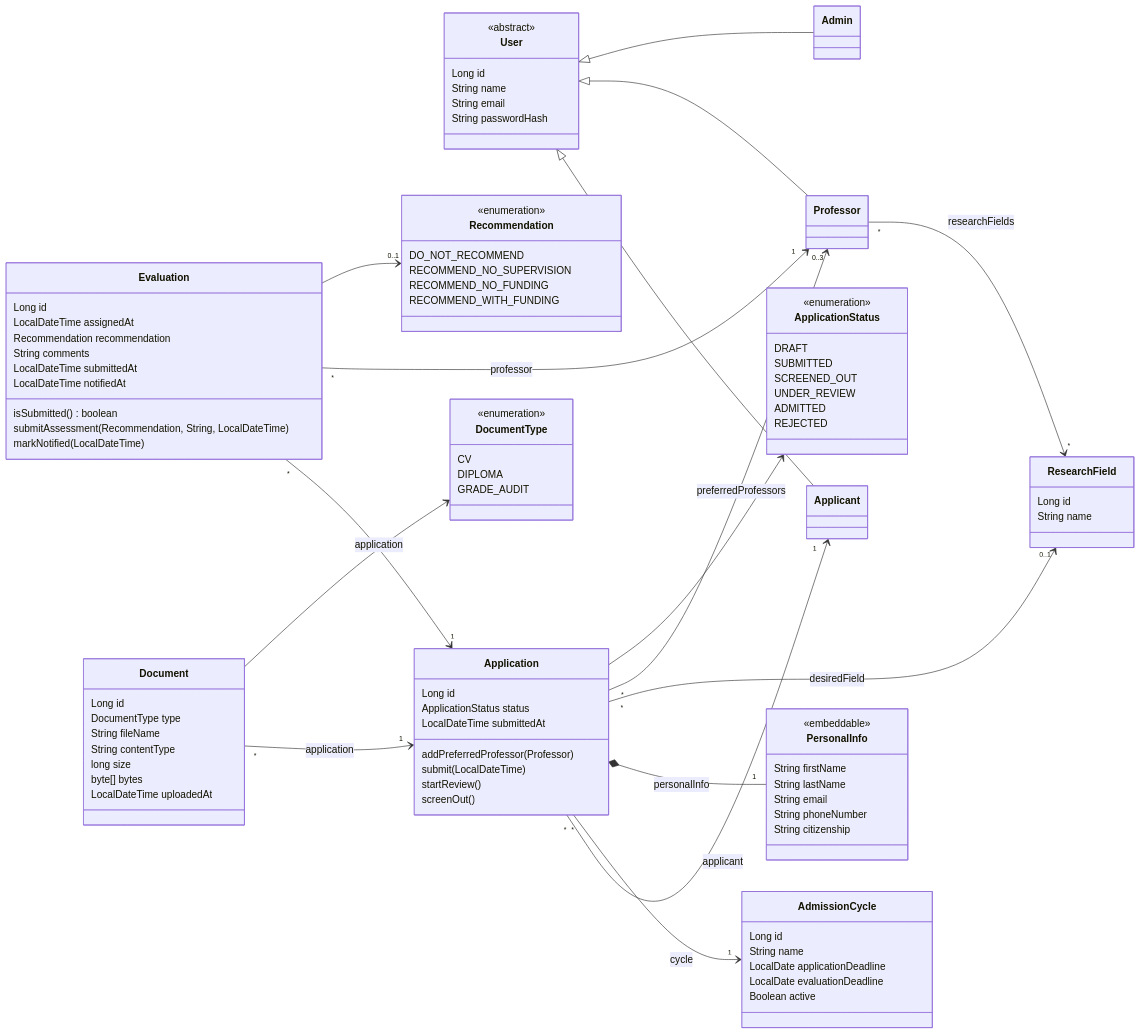
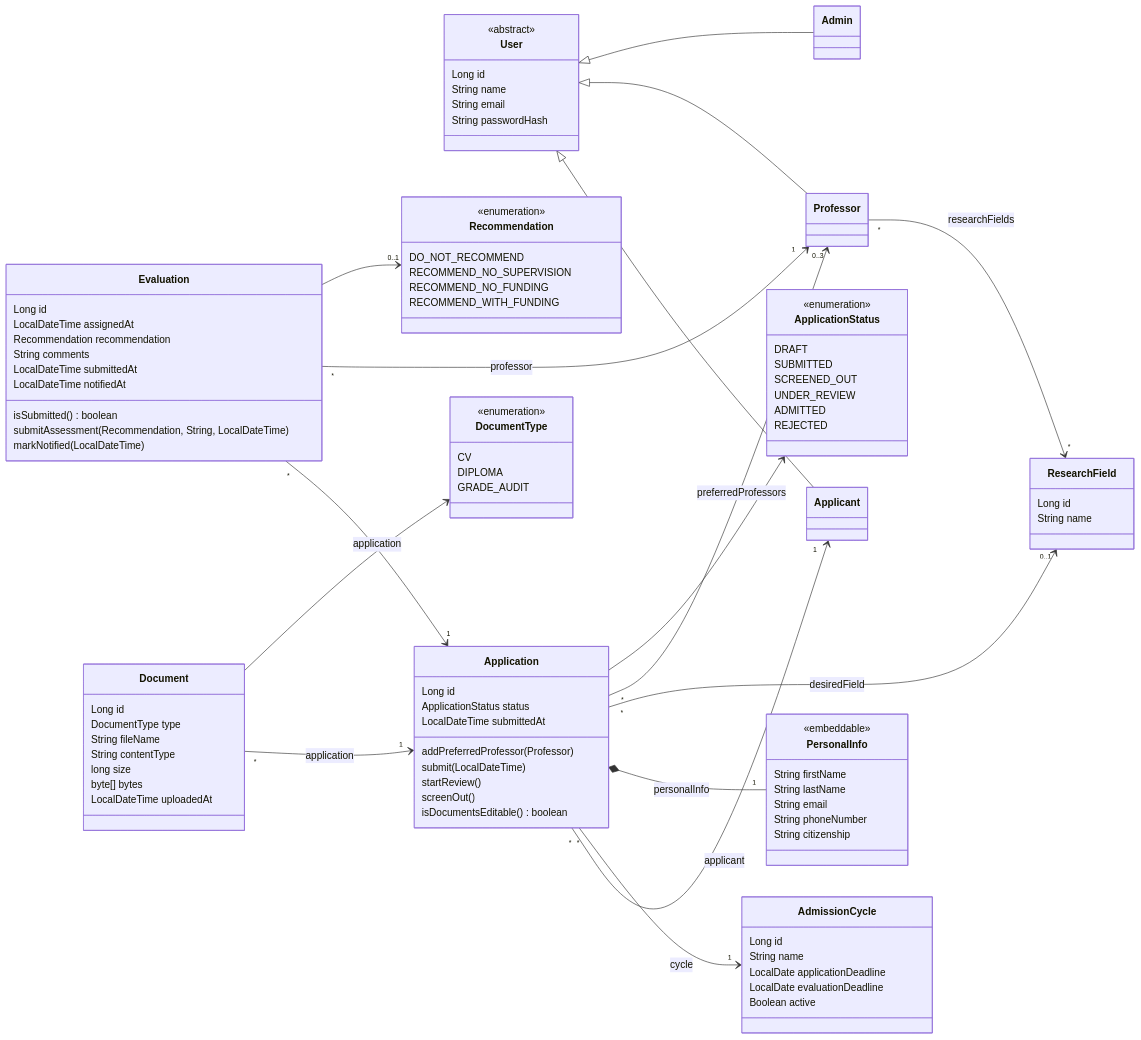
Before and after one commit to sanil04/Graduate-Admissions-Management-System: the first of 3 diagrams in README.md, drawn with Mermaid. The commit also changed other lines of this file and 12 other files, not shown here.

```diff
--- a/README.md
+++ b/README.md
@@ -166,6 +166,7 @@
         submit(LocalDateTime)
         startReview()
         screenOut()
+        isDocumentsEditable() boolean
     }
 
     class PersonalInfo {
```
